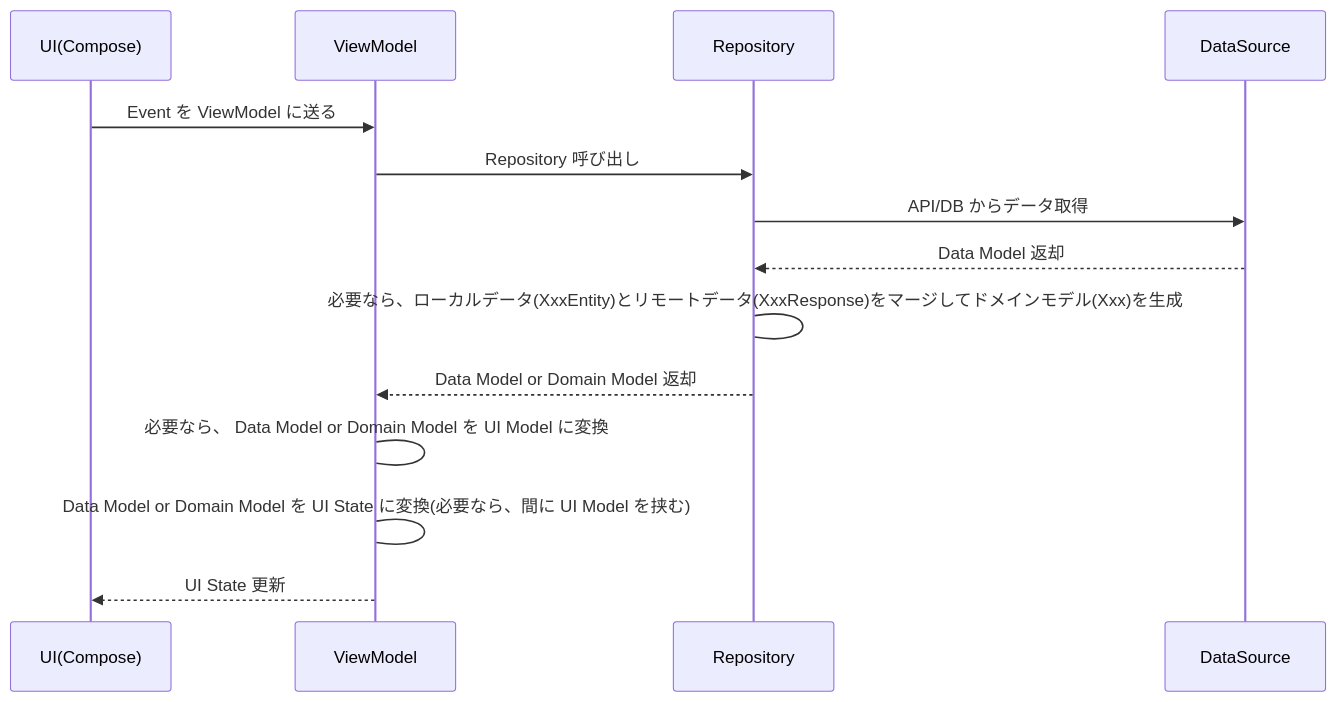
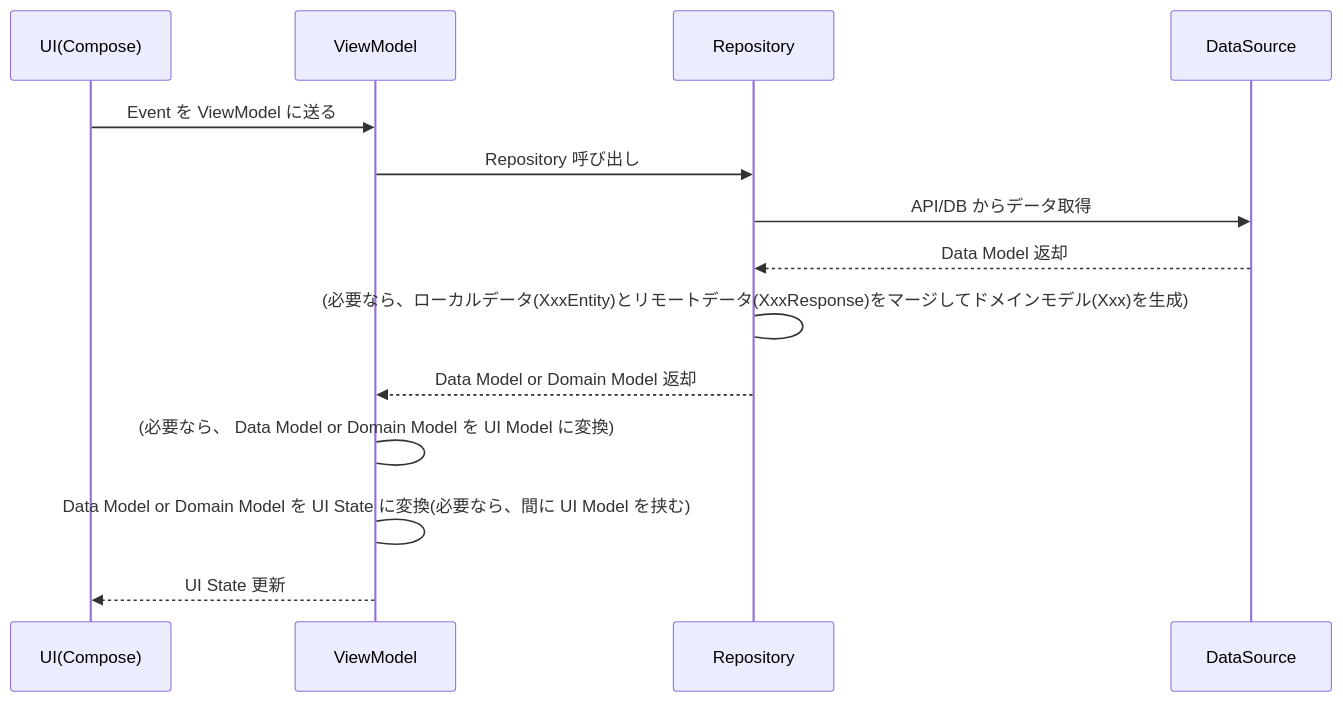
Before and after one commit to okuda0715tech/DirectDebitManager: the second of 3 diagrams in docs/architecture.md, drawn with Mermaid.

Commit message:
docs: アーキテクチャドキュメントを微調整した。

````diff
--- a/docs/architecture.md
+++ b/docs/architecture.md
@@ -62,17 +62,17 @@
 ```mermaid
 sequenceDiagram
   participant UI as UI(Compose)
   participant VM as ViewModel
   participant REP as Repository
   participant DS as DataSource
 
   UI ->> VM: Event を ViewModel に送る
   VM ->> REP: Repository 呼び出し
   REP ->> DS: API/DB からデータ取得
   DS -->> REP: Data Model 返却
-  REP -> REP: 必要なら、ローカルデータ(XxxEntity)とリモートデータ(XxxResponse)をマージしてドメインモデル(Xxx)を生成
+  REP -> REP: (必要なら、ローカルデータ(XxxEntity)とリモートデータ(XxxResponse)をマージしてドメインモデル(Xxx)を生成)
   REP -->> VM: Data Model or Domain Model 返却
-  VM -> VM: 必要なら、 Data Model or Domain Model を UI Model に変換
+  VM -> VM: (必要なら、 Data Model or Domain Model を UI Model に変換)
   VM -> VM: Data Model or Domain Model を UI State に変換(必要なら、間に UI Model を挟む)
   VM -->> UI: UI State 更新
 ```
````
